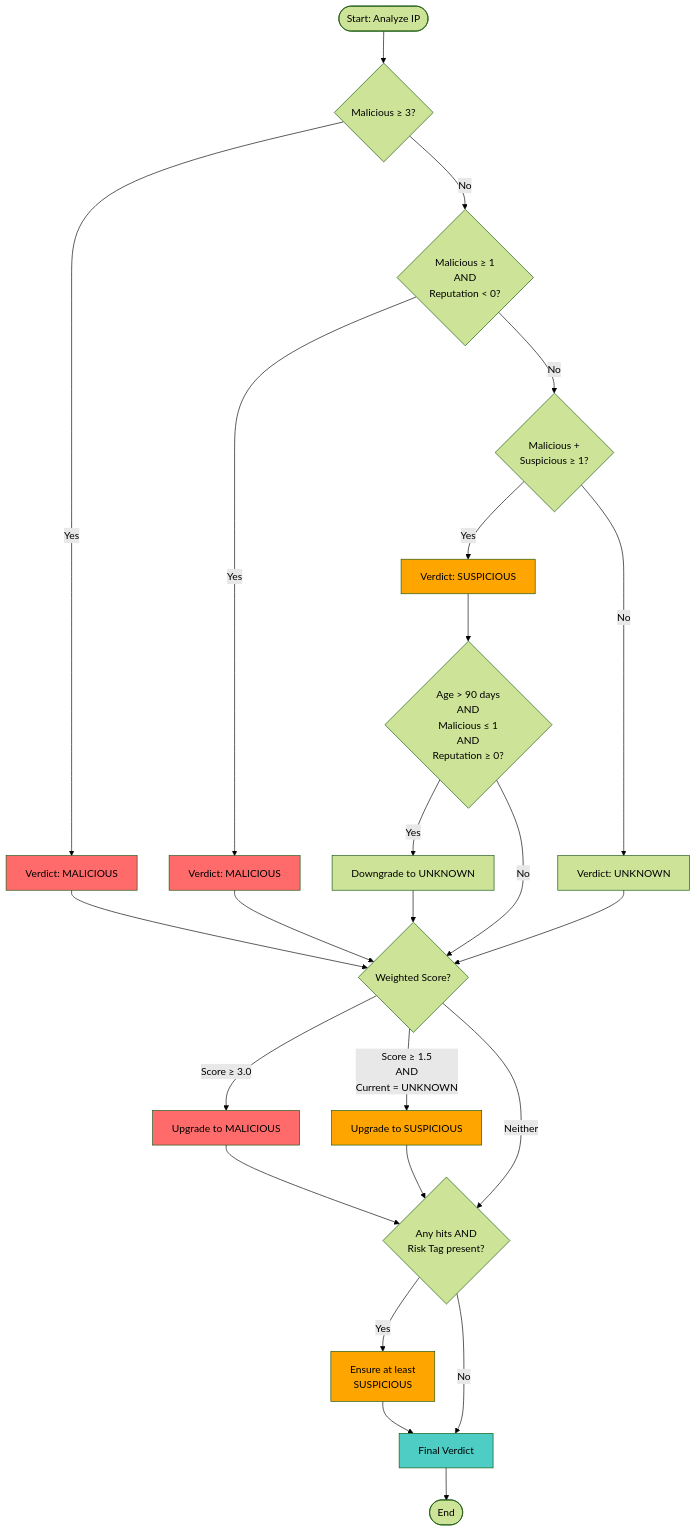
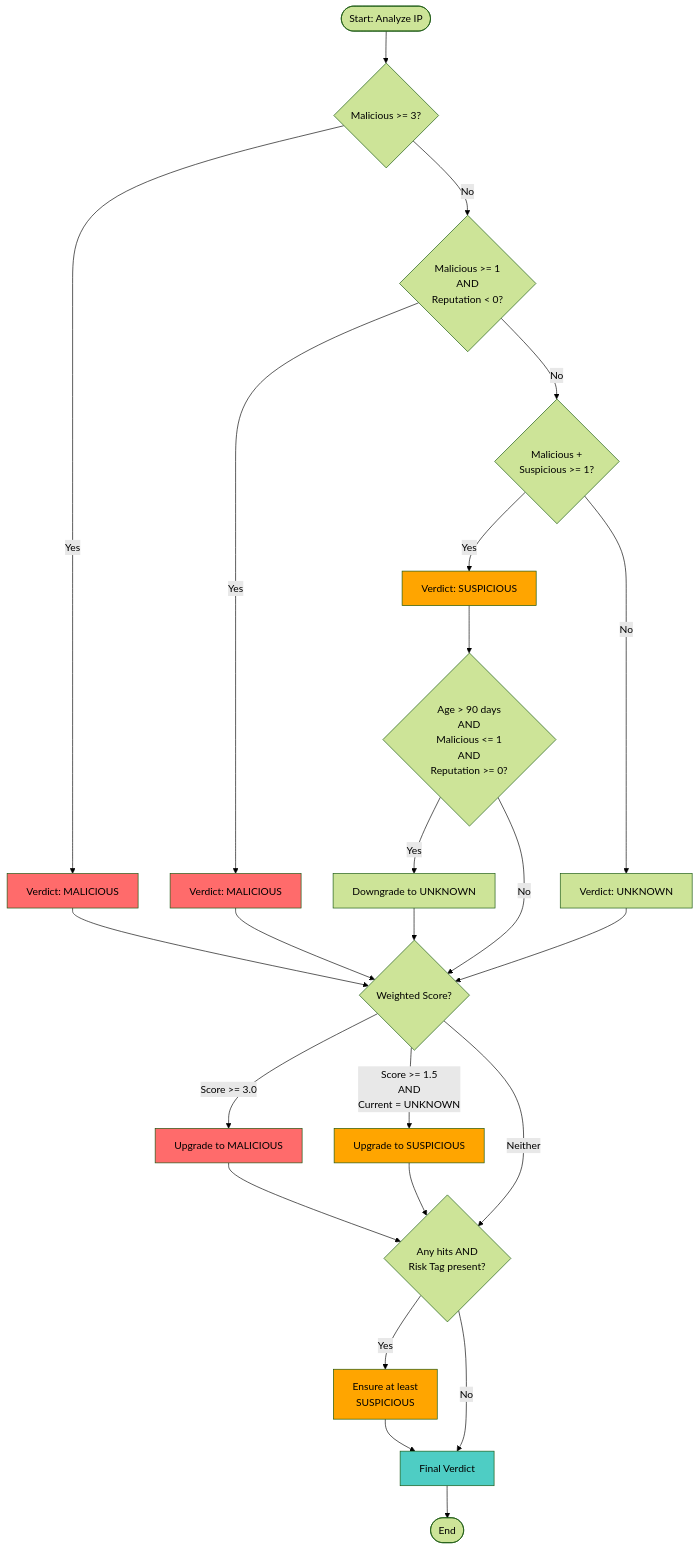
Before and after one commit to leonfullxr/Wazuh: the diagram in integrations/virustotal/README.md, drawn with Mermaid (forest theme). The commit also changed other lines of this file and 47 other files, not shown here.

````diff
--- a/integrations/virustotal/README.md
+++ b/integrations/virustotal/README.md
@@ -339,46 +339,46 @@
 ```mermaid
 flowchart TD
-    Start([Start: Analyze IP]) --> CheckMal3{Malicious ≥ 3?}
+    Start([Start: Analyze IP]) --> CheckMal3{Malicious >= 3?}
     
     CheckMal3 -->|Yes| Malicious1[Verdict: MALICIOUS]
-    CheckMal3 -->|No| CheckMal1Rep{Malicious ≥ 1<br/>AND<br/>Reputation < 0?}
+    CheckMal3 -->|No| CheckMal1Rep{Malicious >= 1<br/>AND<br/>Reputation < 0?}
     
     CheckMal1Rep -->|Yes| Malicious2[Verdict: MALICIOUS]
-    CheckMal1Rep -->|No| CheckMalSus{Malicious +<br/>Suspicious ≥ 1?}
+    CheckMal1Rep -->|No| CheckMalSus{Malicious +<br/>Suspicious >= 1?}
     
     CheckMalSus -->|Yes| Suspicious1[Verdict: SUSPICIOUS]
     CheckMalSus -->|No| Unknown1[Verdict: UNKNOWN]
     
-    Suspicious1 --> DateCheck{Age > 90 days<br/>AND<br/>Malicious ≤ 1<br/>AND<br/>Reputation ≥ 0?}
+    Suspicious1 --> DateCheck{Age > 90 days<br/>AND<br/>Malicious <= 1<br/>AND<br/>Reputation >= 0?}
     Unknown1 --> WeightCheck
     
     DateCheck -->|Yes| Downgrade[Downgrade to UNKNOWN]
     DateCheck -->|No| WeightCheck{Weighted Score?}
     
     Downgrade --> WeightCheck
     Malicious1 --> WeightCheck
     Malicious2 --> WeightCheck
     
-    WeightCheck -->|Score ≥ 3.0| UpgradeMal[Upgrade to MALICIOUS]
-    WeightCheck -->|Score ≥ 1.5<br/>AND<br/>Current = UNKNOWN| UpgradeSus[Upgrade to SUSPICIOUS]
+    WeightCheck -->|Score >= 3.0| UpgradeMal[Upgrade to MALICIOUS]
+    WeightCheck -->|Score >= 1.5<br/>AND<br/>Current = UNKNOWN| UpgradeSus[Upgrade to SUSPICIOUS]
     WeightCheck -->|Neither| RiskTagCheck
     
     UpgradeMal --> RiskTagCheck{Any hits AND<br/>Risk Tag present?}
     UpgradeSus --> RiskTagCheck
     
     RiskTagCheck -->|Yes| EnsureSus[Ensure at least<br/>SUSPICIOUS]
     RiskTagCheck -->|No| FinalVerdict[Final Verdict]
     
     EnsureSus --> FinalVerdict
     FinalVerdict --> End([End])
     
     style Malicious1 fill:#ff6b6b
     style Malicious2 fill:#ff6b6b
     style UpgradeMal fill:#ff6b6b
     style Suspicious1 fill:#ffa500
     style UpgradeSus fill:#ffa500
     style EnsureSus fill:#ffa500
     style Unknown1 fill:#gray
     style Downgrade fill:#gray
     style FinalVerdict fill:#4ecdc4
 ```
````
